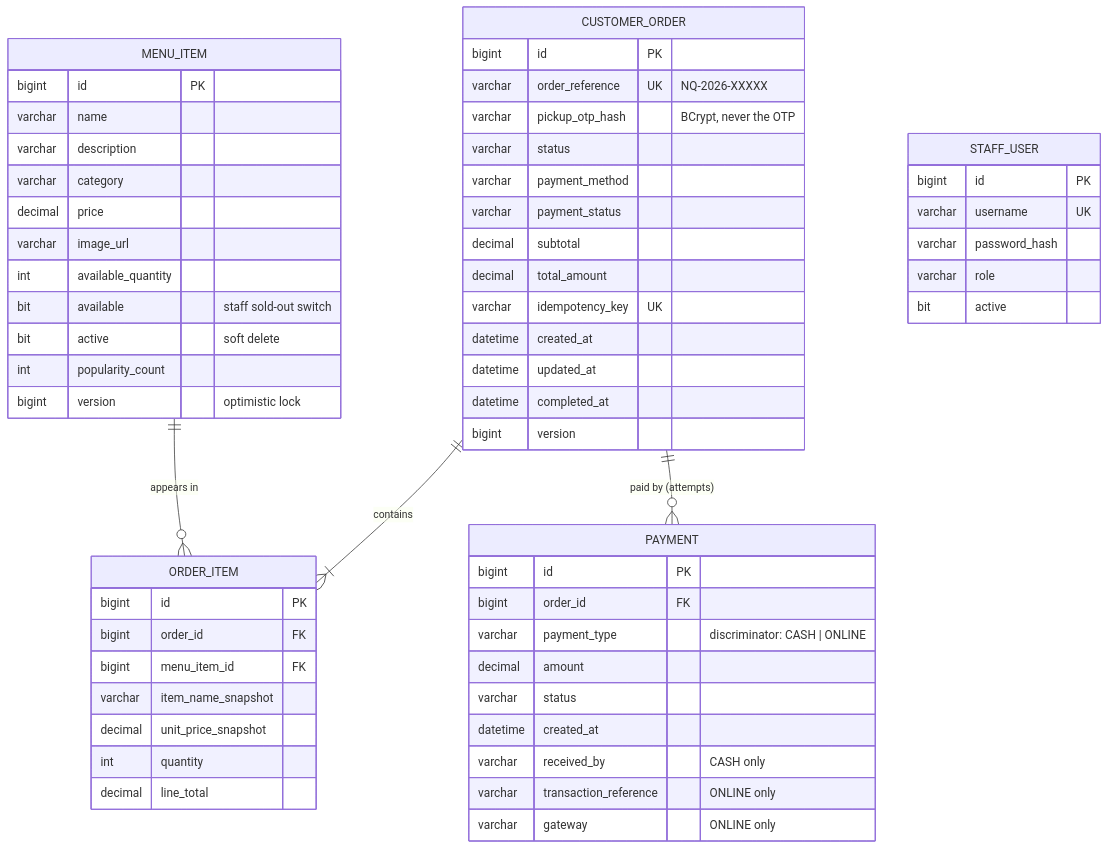
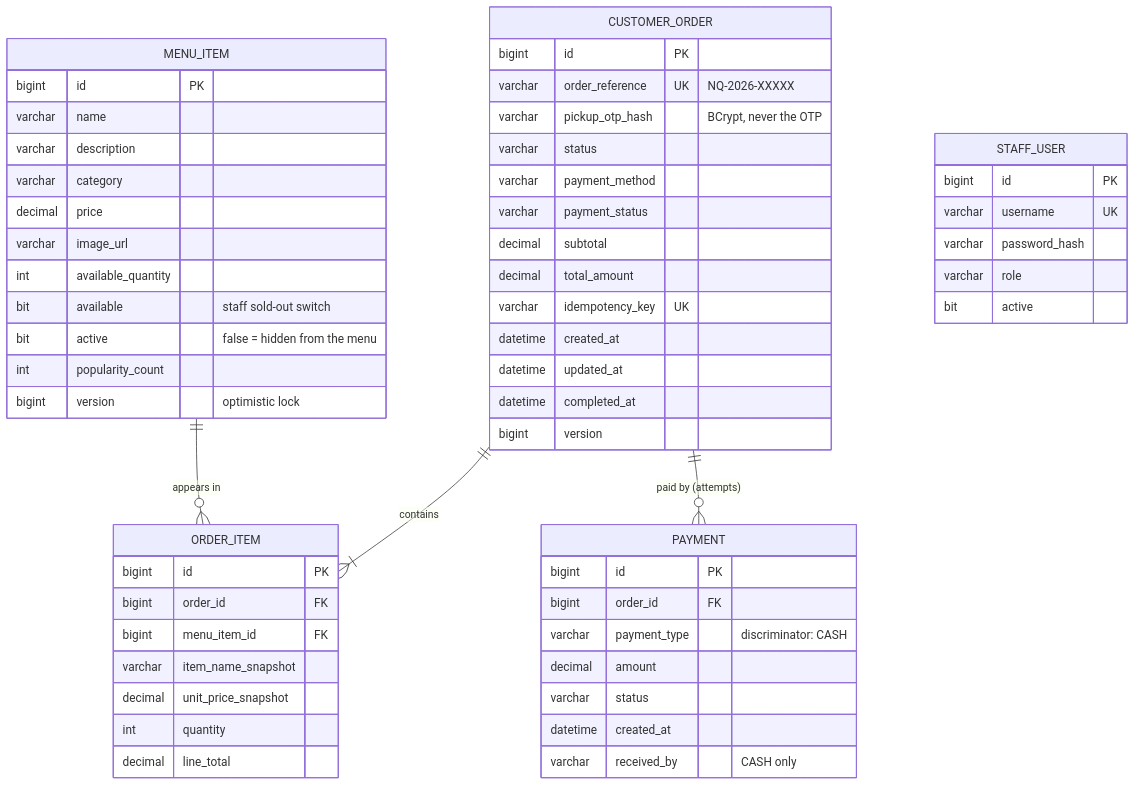
One commit to Arun-N-M-07/NoQ changed the second of 7 diagrams in docs/ARCHITECTURE.md. Above: the diagram before and after it, drawn with Mermaid. The commit also changed other lines of this file and 66 other files, not shown here.

````diff
--- a/docs/ARCHITECTURE.md
+++ b/docs/ARCHITECTURE.md
@@ -96,62 +91,60 @@
 ```mermaid
 erDiagram
     MENU_ITEM ||--o{ ORDER_ITEM : "appears in"
     CUSTOMER_ORDER ||--|{ ORDER_ITEM : "contains"
     CUSTOMER_ORDER ||--o{ PAYMENT : "paid by (attempts)"
 
     MENU_ITEM {
         bigint id PK
         varchar name
         varchar description
         varchar category
         decimal price
         varchar image_url
         int available_quantity
         bit available "staff sold-out switch"
-        bit active "soft delete"
+        bit active "false = hidden from the menu"
         int popularity_count
         bigint version "optimistic lock"
     }
     CUSTOMER_ORDER {
         bigint id PK
         varchar order_reference UK "NQ-2026-XXXXX"
         varchar pickup_otp_hash "BCrypt, never the OTP"
         varchar status
         varchar payment_method
         varchar payment_status
         decimal subtotal
         decimal total_amount
         varchar idempotency_key UK
         datetime created_at
         datetime updated_at
         datetime completed_at
         bigint version
     }
     ORDER_ITEM {
         bigint id PK
         bigint order_id FK
         bigint menu_item_id FK
         varchar item_name_snapshot
         decimal unit_price_snapshot
         int quantity
         decimal line_total
     }
     PAYMENT {
         bigint id PK
         bigint order_id FK
-        varchar payment_type "discriminator: CASH | ONLINE"
+        varchar payment_type "discriminator: CASH"
         decimal amount
         varchar status
         datetime created_at
         varchar received_by "CASH only"
-        varchar transaction_reference "ONLINE only"
-        varchar gateway "ONLINE only"
     }
     STAFF_USER {
         bigint id PK
         varchar username UK
         varchar password_hash
         varchar role
         bit active
     }
 ```
````
